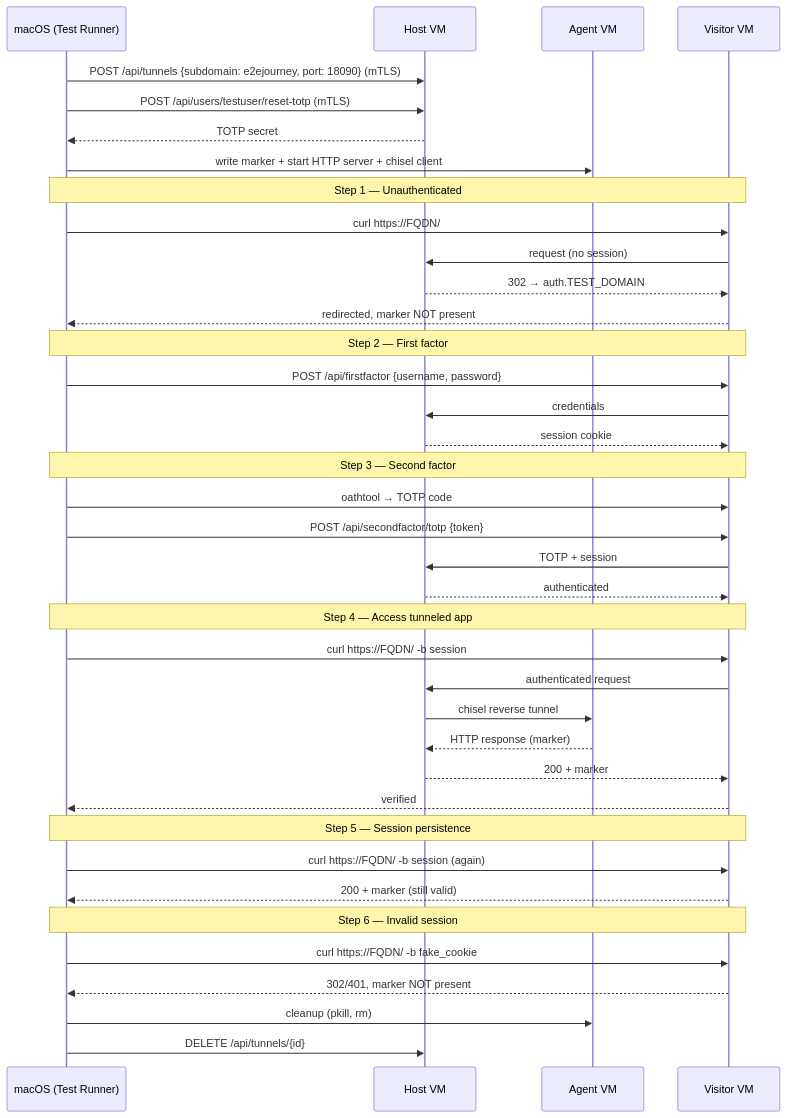
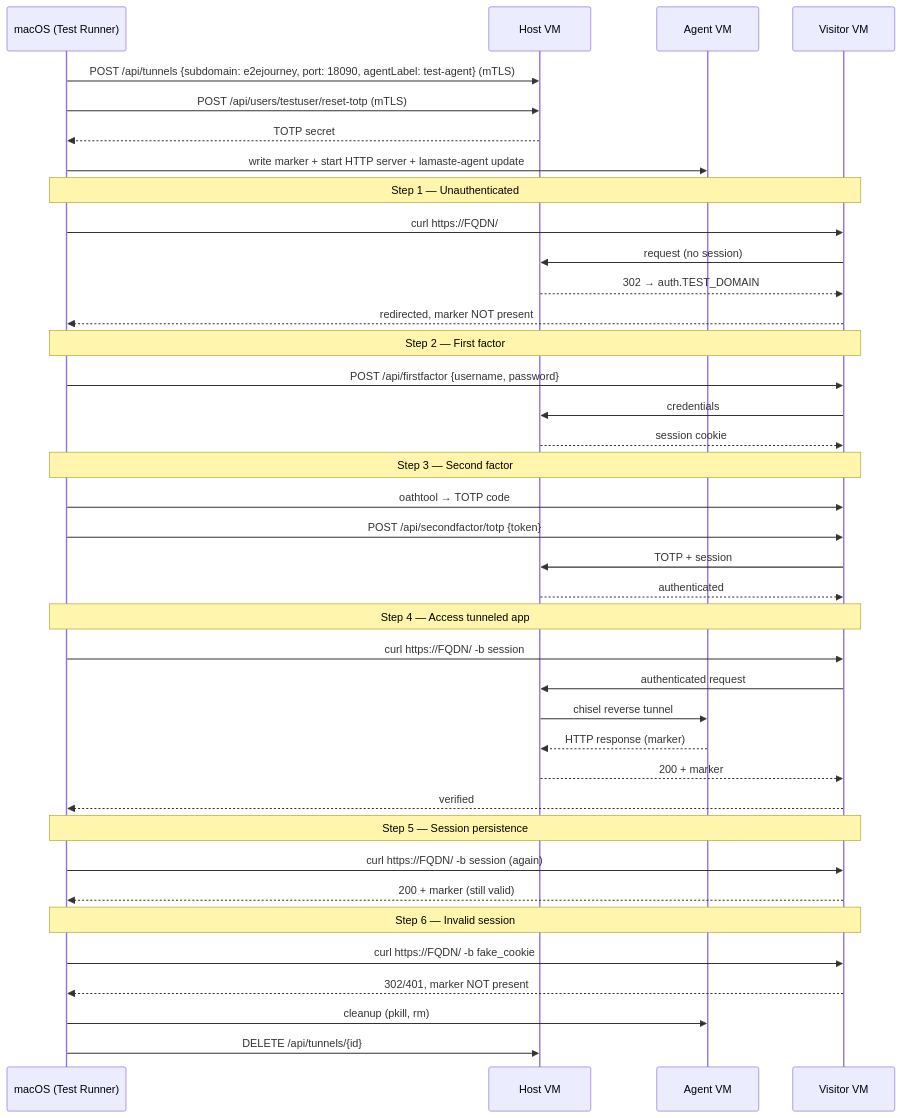
One commit to lamalibre/lamaste changed the seventh of 9 diagrams in packages/core/docs/03-architecture/e2e-three-vm-sequences.md. Above: the diagram before and after it, drawn with Mermaid. The commit also changed other lines of this file and 41 other files, not shown here.

````diff
--- a/packages/core/docs/03-architecture/e2e-three-vm-sequences.md
+++ b/packages/core/docs/03-architecture/e2e-three-vm-sequences.md
@@ -278,49 +304,49 @@
 ```mermaid
 sequenceDiagram
     participant Mac as macOS (Test Runner)
     participant H as Host VM
     participant A as Agent VM
     participant V as Visitor VM
 
-    Mac->>H: POST /api/tunnels {subdomain: e2ejourney, port: 18090} (mTLS)
+    Mac->>H: POST /api/tunnels {subdomain: e2ejourney, port: 18090, agentLabel: test-agent} (mTLS)
     Mac->>H: POST /api/users/testuser/reset-totp (mTLS)
     H-->>Mac: TOTP secret
 
-    Mac->>A: write marker + start HTTP server + chisel client
+    Mac->>A: write marker + start HTTP server + lamaste-agent update
 
     note over Mac,V: Step 1 — Unauthenticated
     Mac->>V: curl https://FQDN/
     V->>H: request (no session)
     H-->>V: 302 → auth.TEST_DOMAIN
     V-->>Mac: redirected, marker NOT present
 
     note over Mac,V: Step 2 — First factor
     Mac->>V: POST /api/firstfactor {username, password}
     V->>H: credentials
     H-->>V: session cookie
 
     note over Mac,V: Step 3 — Second factor
     Mac->>V: oathtool → TOTP code
     Mac->>V: POST /api/secondfactor/totp {token}
     V->>H: TOTP + session
     H-->>V: authenticated
 
     note over Mac,V: Step 4 — Access tunneled app
     Mac->>V: curl https://FQDN/ -b session
     V->>H: authenticated request
     H->>A: chisel reverse tunnel
     A-->>H: HTTP response (marker)
     H-->>V: 200 + marker
     V-->>Mac: verified
 
     note over Mac,V: Step 5 — Session persistence
     Mac->>V: curl https://FQDN/ -b session (again)
     V-->>Mac: 200 + marker (still valid)
 
     note over Mac,V: Step 6 — Invalid session
     Mac->>V: curl https://FQDN/ -b fake_cookie
     V-->>Mac: 302/401, marker NOT present
 
     Mac->>A: cleanup (pkill, rm)
     Mac->>H: DELETE /api/tunnels/{id}
 ```
````
